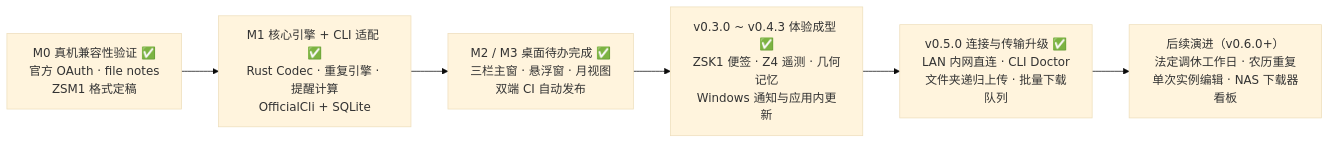
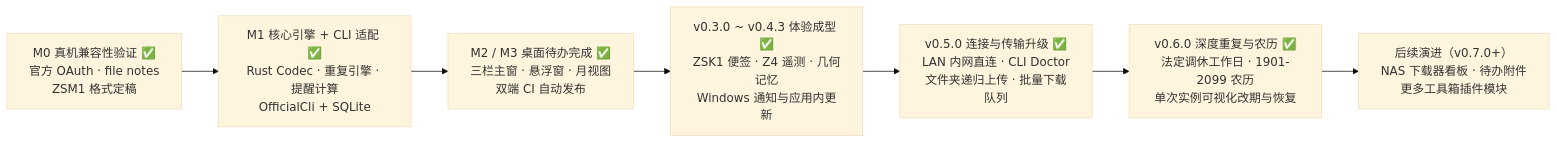
The second of 2 diagrams in docs/DESIGN.md (garyhj/ZSpaceMemo), drawn with Mermaid (base theme) before and after one commit. The commit also changed other lines of this file and 23 other files, not shown here.

````diff
--- a/docs/DESIGN.md
+++ b/docs/DESIGN.md
@@ -162,8 +163,9 @@
 ```mermaid
 flowchart LR
   M0["M0 真机兼容性验证 ✅<br/>官方 OAuth · file notes<br/>ZSM1 格式定稿"] --> M1["M1 核心引擎 + CLI 适配 ✅<br/>Rust Codec · 重复引擎 · 提醒计算<br/>OfficialCli + SQLite"]
   M1 --> M2["M2 / M3 桌面待办完成 ✅<br/>三栏主窗 · 悬浮窗 · 月视图<br/>双端 CI 自动发布"]
   M2 --> V030["v0.3.0 ~ v0.4.3 体验成型 ✅<br/>ZSK1 便签 · Z4 遥测 · 几何记忆<br/>Windows 通知与应用内更新"]
   V030 --> V050["v0.5.0 连接与传输升级 ✅<br/>LAN 内网直连 · CLI Doctor<br/>文件夹递归上传 · 批量下载队列"]
-  V050 --> NEXT["后续演进（v0.6.0+）<br/>法定调休工作日 · 农历重复<br/>单次实例编辑 · NAS 下载器看板"]
+  V050 --> V060["v0.6.0 深度重复与农历 ✅<br/>法定调休工作日 · 1901-2099 农历<br/>单次实例可视化改期与恢复"]
+  V060 --> NEXT["后续演进（v0.7.0+）<br/>NAS 下载器看板 · 待办附件<br/>更多工具箱插件模块"]
 ```
````
